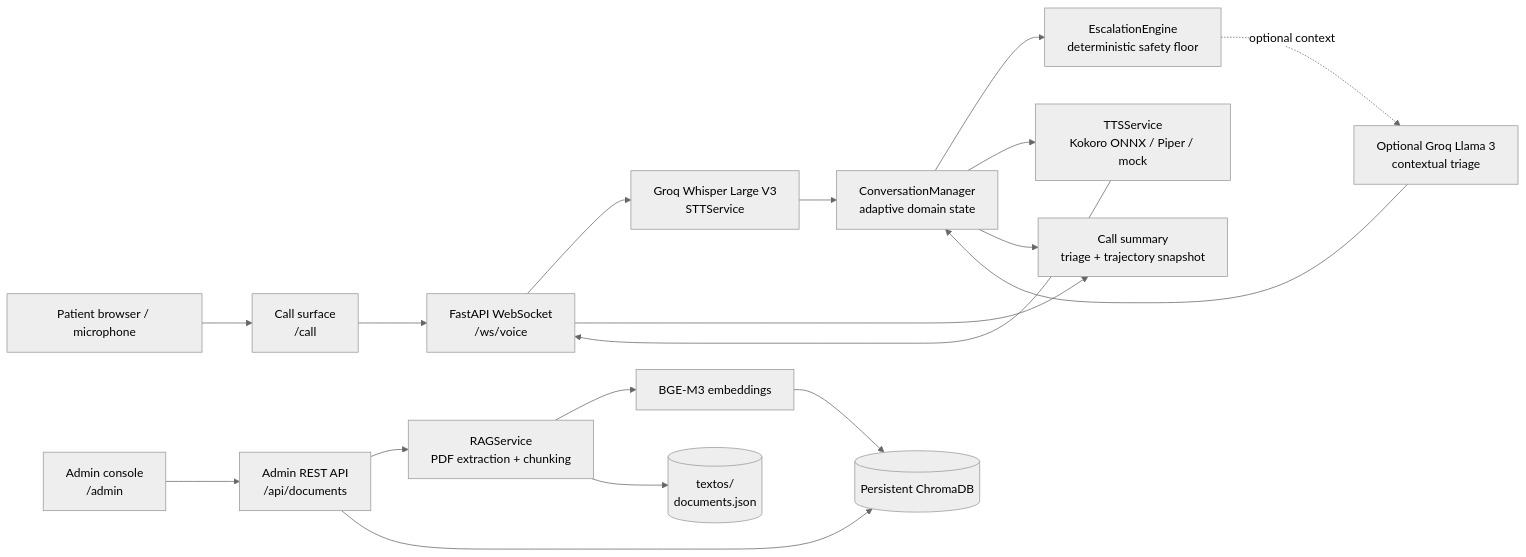
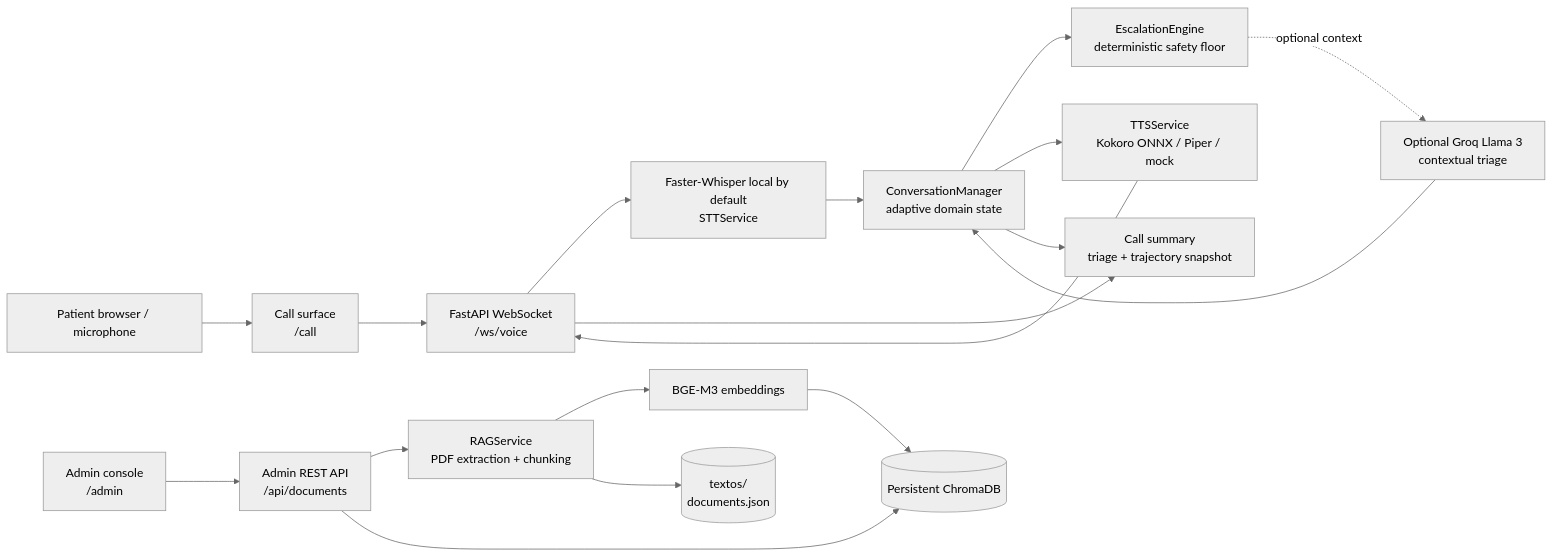
The diagram in ARCHITECTURE_DIAGRAM.md (mauriciorojassan/postop-voice-agent), drawn with Mermaid (neutral theme) before and after one commit. The commit also changed other lines of this file and 11 other files, not shown here.

````diff
--- a/ARCHITECTURE_DIAGRAM.md
+++ b/ARCHITECTURE_DIAGRAM.md
@@ -5,33 +5,33 @@
 ```mermaid
 flowchart LR
     Patient[Patient browser / microphone]
     Call[Call surface\n/call]
     WS[FastAPI WebSocket\n/ws/voice]
-    STT[Groq Whisper Large V3\nSTTService]
+    STT[Faster-Whisper local by default\nSTTService]
     Conv[ConversationManager\nadaptive domain state]
     Safety[EscalationEngine\ndeterministic safety floor]
     LLM[Optional Groq Llama 3\ncontextual triage]
     TTS[TTSService\nKokoro ONNX / Piper / mock]
     Summary[Call summary\ntriage + trajectory snapshot]
 
     Admin[Admin console\n/admin]
     API[Admin REST API\n/api/documents]
     RAG[RAGService\nPDF extraction + chunking]
     Embed[BGE-M3 embeddings]
     Chroma[(Persistent ChromaDB)]
     Files[(textos/\ndocuments.json)]
 
     Patient --> Call --> WS
     WS --> STT --> Conv
     Conv --> Safety
     Safety -. optional context .-> LLM
     LLM --> Conv
     Conv --> TTS --> WS
     Conv --> Summary
     WS --> Summary
 
     Admin --> API --> RAG
     RAG --> Embed --> Chroma
     RAG --> Files
     API --> Chroma
 ```
````
